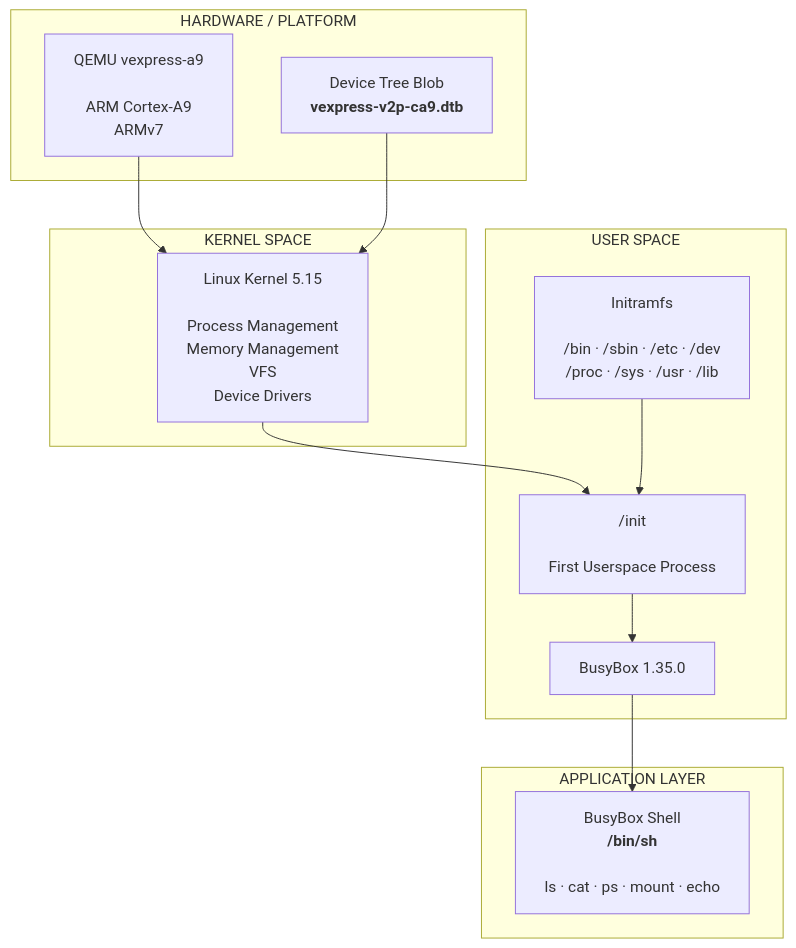
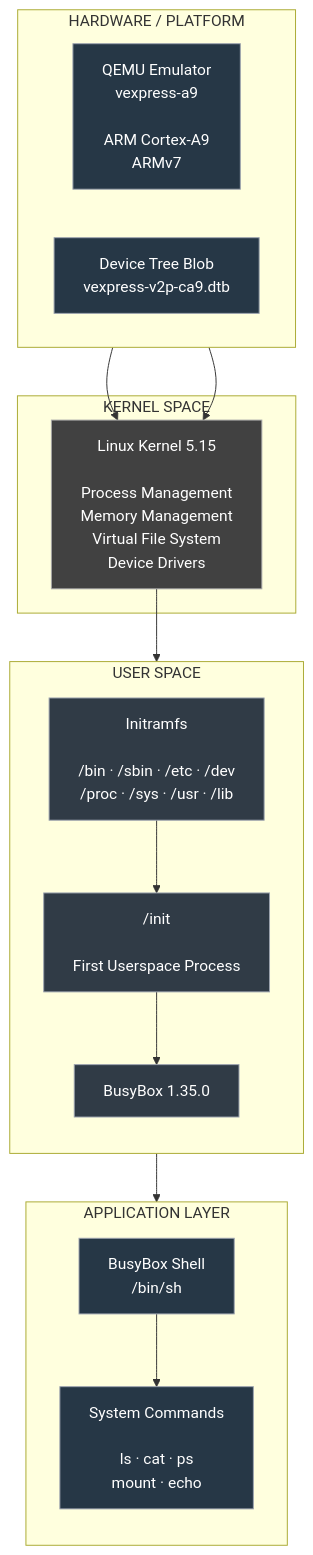
Before and after one commit to BenKRT0619/LinuxLab1: the first of 3 diagrams in README.md, drawn with Mermaid.

Commit message:
README.md

````diff
--- a/README.md
+++ b/README.md
@@ -41,29 +41,46 @@
 ```mermaid
 flowchart TB
 
-    subgraph APP["APPLICATION LAYER"]
-        A["BusyBox Shell<br/><b>/bin/sh</b><br/><br/>ls · cat · ps · mount · echo"]
+    subgraph PLATFORM["HARDWARE / PLATFORM"]
+        direction LR
+        A["QEMU Emulator<br/>vexpress-a9<br/><br/>ARM Cortex-A9<br/>ARMv7"]
+        B["Device Tree Blob<br/>vexpress-v2p-ca9.dtb"]
+    end
+
+    subgraph KERNEL["KERNEL SPACE"]
+        C["Linux Kernel 5.15<br/><br/>Process Management<br/>Memory Management<br/>Virtual File System<br/>Device Drivers"]
     end
 
     subgraph USER["USER SPACE"]
-        B["BusyBox 1.35.0"]
-        C["/init<br/><br/>First Userspace Process"]
+        direction TB
         D["Initramfs<br/><br/>/bin · /sbin · /etc · /dev<br/>/proc · /sys · /usr · /lib"]
+        E["/init<br/><br/>First Userspace Process"]
+        F["BusyBox 1.35.0"]
+
+        D --> E
+        E --> F
     end
 
-    subgraph KERNEL["KERNEL SPACE"]
-        E["Linux Kernel 5.15<br/><br/>Process Management<br/>Memory Management<br/>VFS<br/>Device Drivers"]
+    subgraph APP["APPLICATION LAYER"]
+        direction TB
+        G["BusyBox Shell<br/>/bin/sh"]
+        H["System Commands<br/><br/>ls · cat · ps<br/>mount · echo"]
+
+        G --> H
     end
 
-    subgraph PLATFORM["HARDWARE / PLATFORM"]
-        F["QEMU vexpress-a9<br/><br/>ARM Cortex-A9<br/>ARMv7"]
-        G["Device Tree Blob<br/><b>vexpress-v2p-ca9.dtb</b>"]
-    end
+    A --> C
+    B --> C
+    C --> E
+    F --> G
 
-    F --> E
-    G --> E
-    E --> C
-    D --> C
-    C --> B
-    B --> A
+    classDef hardware fill:#263746,stroke:#9ca3af,color:#ffffff
+    classDef kernel fill:#414141,stroke:#aaaaaa,color:#ffffff
+    classDef userspace fill:#303b46,stroke:#9ca3af,color:#ffffff
+    classDef application fill:#263746,stroke:#9ca3af,color:#ffffff
+
+    class A,B hardware
+    class C kernel
+    class D,E,F userspace
+    class G,H application
 ```
````
